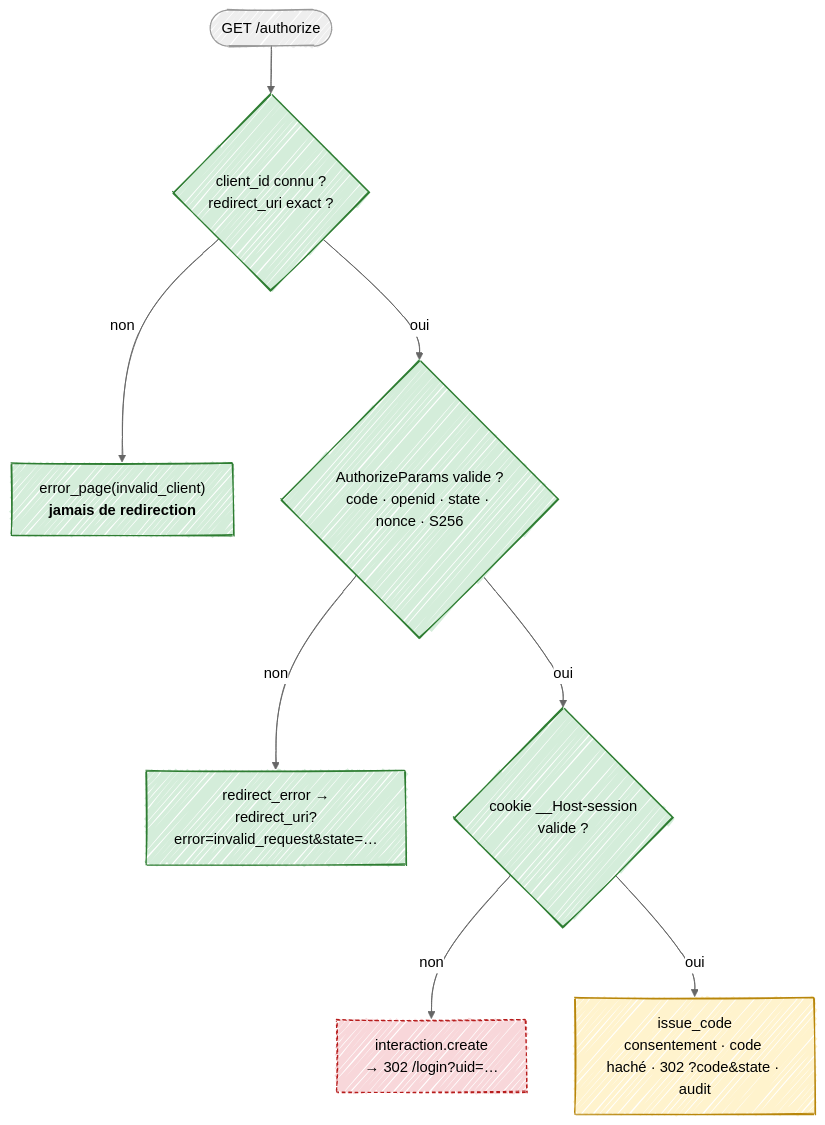
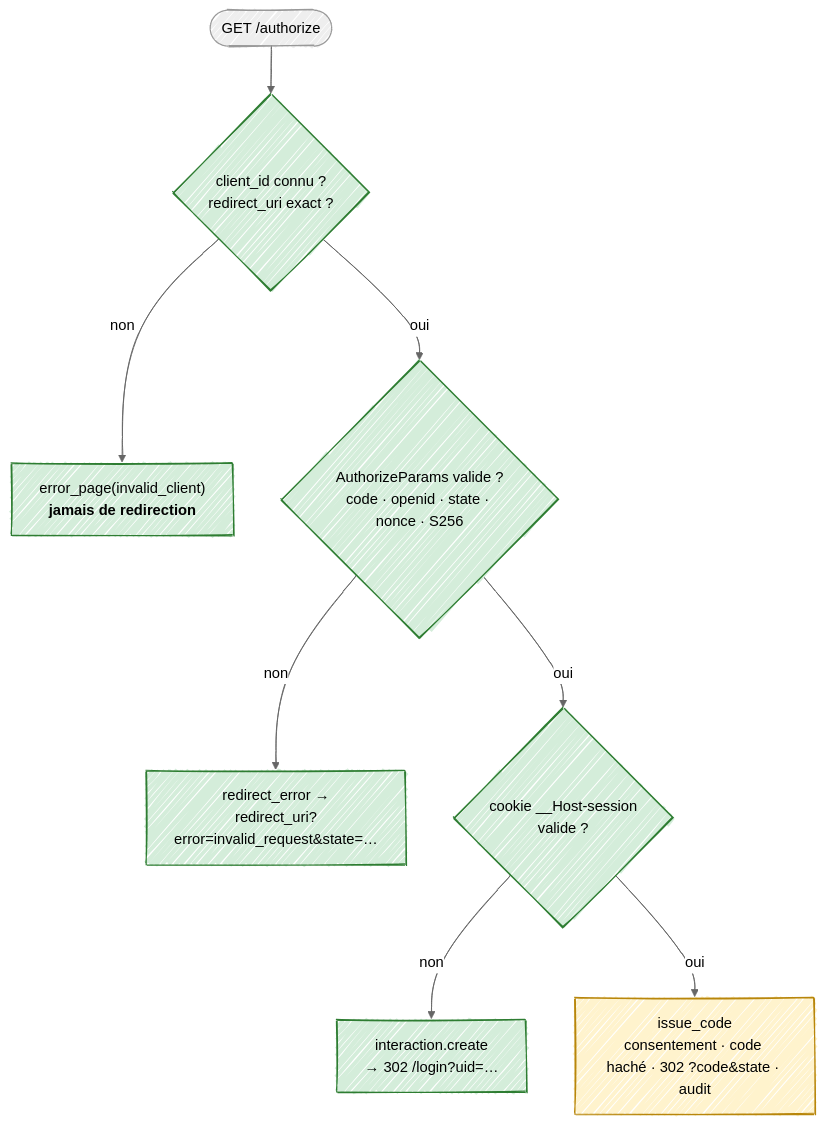
Before and after one commit to Miniquoinquoin/Authent-INT: the second of 3 diagrams in docs/current_architecture.md, drawn with Mermaid. The commit also changed other lines of this file and 1 other file, not shown here.

````diff
--- a/docs/current_architecture.md
+++ b/docs/current_architecture.md
@@ -130,22 +130,21 @@
 ```mermaid
 ---
 config:
   look: handDrawn
   theme: neutral
 ---
 flowchart TD
     start(["GET /authorize"]) --> c1{"client_id connu ?<br/>redirect_uri exact ?"}
     c1 -- non --> err["error_page(invalid_client)<br/><b>jamais de redirection</b>"]
     c1 -- oui --> c2{"AuthorizeParams valide ?<br/>code · openid · state · nonce · S256"}
     c2 -- non --> rerr["redirect_error →<br/>redirect_uri?error=invalid_request&state=…"]
     c2 -- oui --> c3{"cookie __Host-session<br/>valide ?"}
     c3 -- non --> inter["interaction.create<br/>→ 302 /login?uid=…"]
     c3 -- oui --> code["issue_code<br/>consentement · code haché · 302 ?code&state · audit"]
 
     classDef done fill:#d4edda,stroke:#2e7d32
     classDef stub fill:#fff3cd,stroke:#b8860b
     classDef missing fill:#f8d7da,stroke:#b71c1c,stroke-dasharray:4 3
-    class c1,c2,c3,err,rerr done
+    class c1,c2,c3,err,rerr,inter done
     class code stub
-    class inter missing
 ```
````
